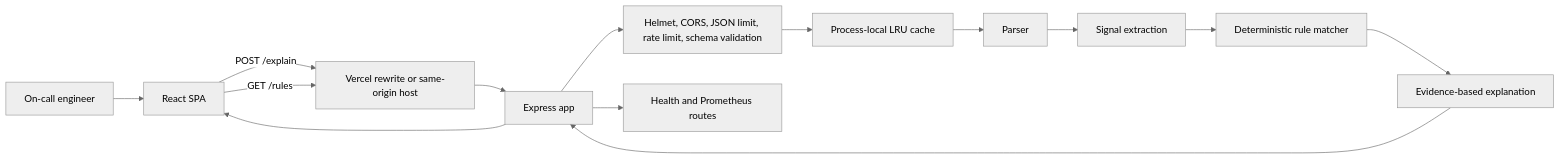
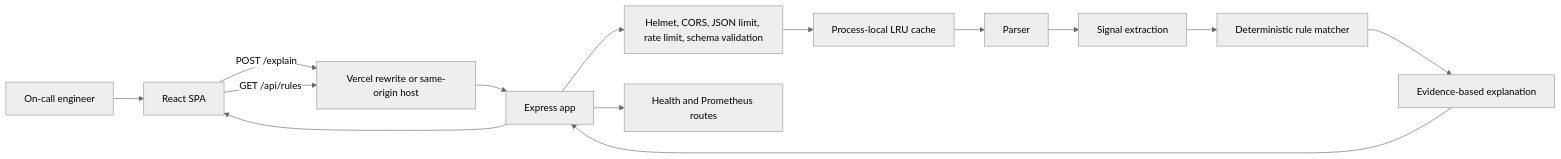
One commit to Anish-2005/WhyStack changed the diagram in docs/architecture.md. Above: the diagram before and after it, drawn with Mermaid (neutral theme). The commit also changed other lines of this file and 17 other files, not shown here.

```diff
--- a/docs/architecture.md
+++ b/docs/architecture.md
@@ -5,16 +5,16 @@
 ~~~mermaid
 flowchart LR
   User[On-call engineer] --> UI[React SPA]
   UI -->|POST /explain| Proxy[Vercel rewrite or same-origin host]
-  UI -->|GET /rules| Proxy
+  UI -->|GET /api/rules| Proxy
   Proxy --> API[Express app]
   API --> Guard[Helmet, CORS, JSON limit, rate limit, schema validation]
   Guard --> Cache[Process-local LRU cache]
   Cache --> Parser[Parser]
   Parser --> Signals[Signal extraction]
   Signals --> Rules[Deterministic rule matcher]
   Rules --> Explain[Evidence-based explanation]
   Explain --> API
   API --> UI
   API --> Metrics[Health and Prometheus routes]
 ~~~
```
